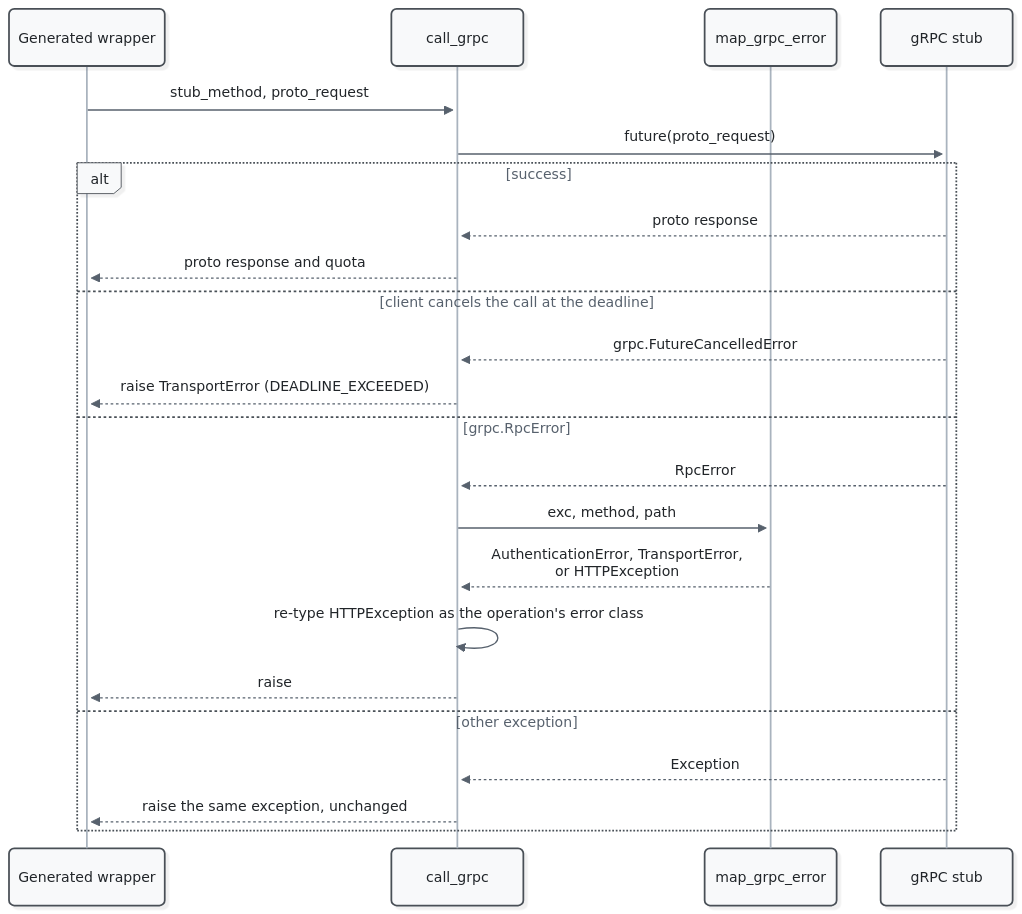
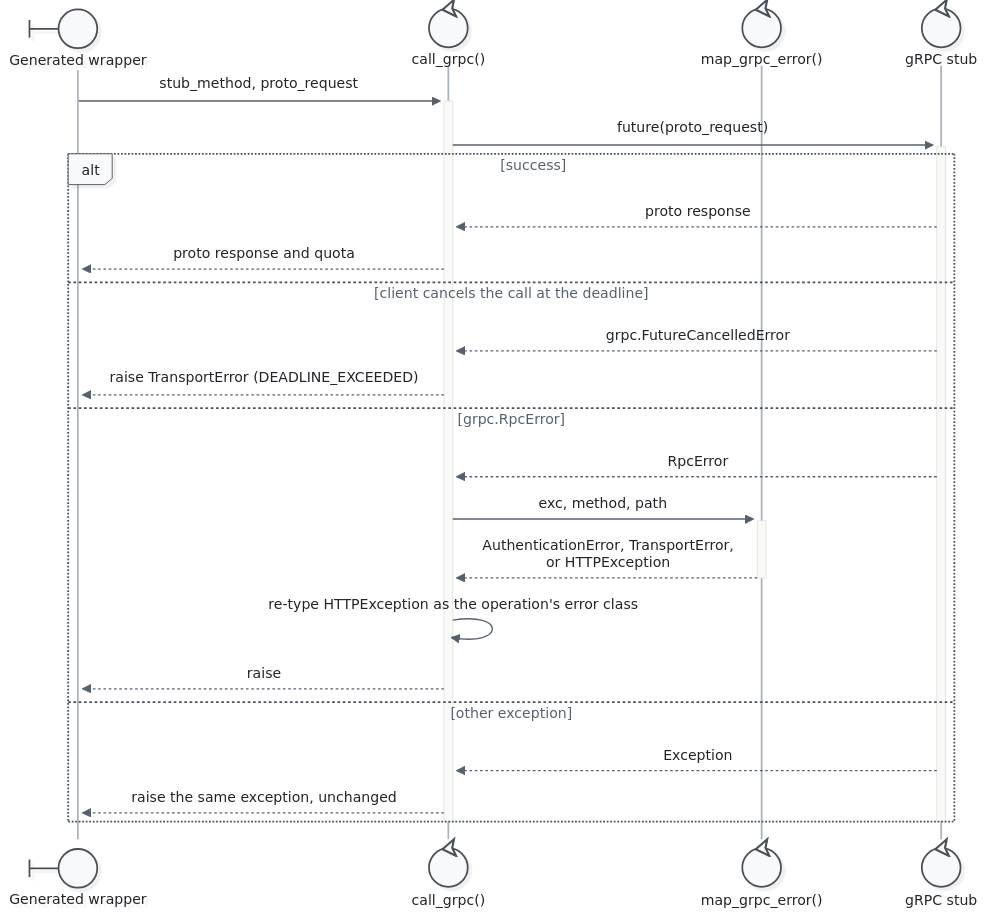
One commit to alexdearaujo/community_sdk_python changed the second of 2 diagrams in src/kentik_api/core/README.md. Above: the diagram before and after it, drawn with Mermaid. The commit also changed other lines of this file and 9 other files, not shown here.

First line of the commit message:
docs: clean up the hand-written Mermaid diagrams

````diff
--- a/src/kentik_api/core/README.md
+++ b/src/kentik_api/core/README.md
@@ -87,26 +88,28 @@
 ```mermaid
 %%{init: {"theme": "redux", "look": "neo", "layout": "elk", "fontFamily": "ui-monospace, SFMono-Regular, Menlo, monospace", "themeVariables": {"fontFamily": "ui-monospace, SFMono-Regular, Menlo, monospace", "primaryColor": "#f8f9fa", "primaryBorderColor": "#495057", "primaryTextColor": "#212529", "textColor": "#212529", "lineColor": "#77818c", "edgeLabelBackground": "#ffffff", "actorBkg": "#f8f9fa", "actorBorder": "#495057", "actorTextColor": "#212529", "actorLineColor": "#a9b3be", "signalColor": "#57616d", "signalTextColor": "#212529", "labelBoxBkgColor": "#f8f9fa", "labelBoxBorderColor": "#495057", "labelTextColor": "#212529", "loopTextColor": "#57616d", "noteBkgColor": "#fff9db", "noteBorderColor": "#f08c00", "noteTextColor": "#a35a00"}, "flowchart": {"curve": "basis", "nodeSpacing": 30, "rankSpacing": 70, "wrappingWidth": 400}}}%%
 sequenceDiagram
-    participant W as Generated wrapper
-    participant CG as call_grpc
-    participant MG as map_grpc_error
-    participant S as gRPC stub
-    W->>CG: stub_method, proto_request
-    CG->>S: future(proto_request)
+    participant W@{ "type": "boundary" } as Generated wrapper
+    participant CG@{ "type": "control" } as call_grpc()
+    participant MG@{ "type": "control" } as map_grpc_error()
+    participant S@{ "type": "control" } as gRPC stub
+    W->>+CG: stub_method, proto_request
+    CG->>+S: future(proto_request)
     alt success
         S-->>CG: proto response
         CG-->>W: proto response and quota
     else client cancels the call at the deadline
         S-->>CG: grpc.FutureCancelledError
         CG-->>W: raise TransportError (DEADLINE_EXCEEDED)
     else grpc.RpcError
         S-->>CG: RpcError
-        CG->>MG: exc, method, path
-        MG-->>CG: AuthenticationError, TransportError,<br/>or HTTPException
+        CG->>+MG: exc, method, path
+        MG-->>-CG: AuthenticationError, TransportError,<br/>or HTTPException
         CG->>CG: re-type HTTPException as the operation's error class
         CG-->>W: raise
     else other exception
         S-->>CG: Exception
         CG-->>W: raise the same exception, unchanged
     end
+    deactivate S
+    deactivate CG
 ```
````
